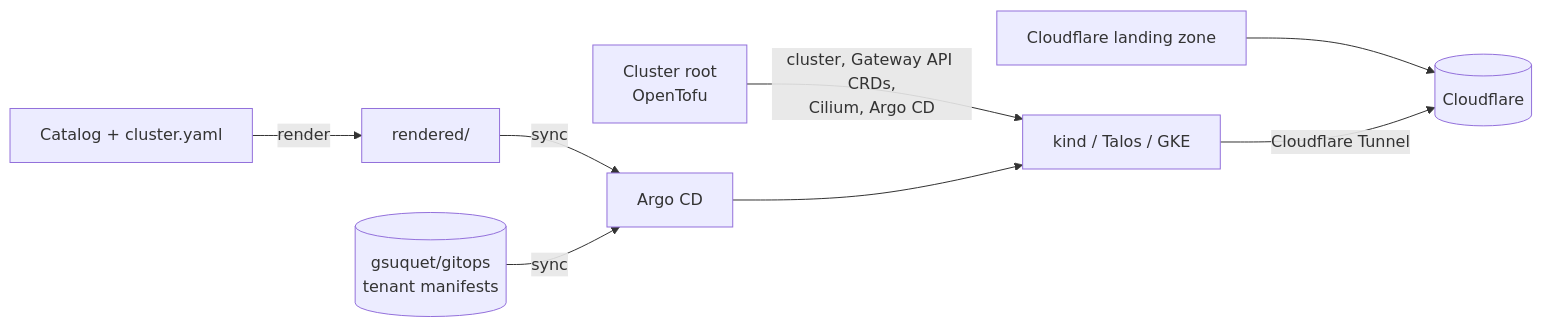
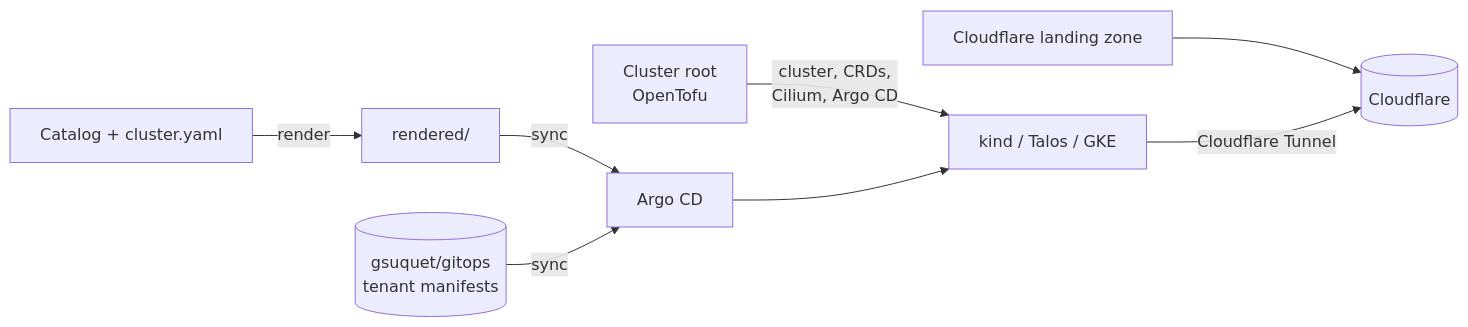
One commit to gsuquet/infra changed the diagram in README.md. Above: the diagram before and after it, drawn with Mermaid. The commit also changed other lines of this file and 16 other files, not shown here.

````diff
--- a/README.md
+++ b/README.md
@@ -8,9 +8,9 @@
 ```mermaid
 flowchart LR
     lz[Cloudflare landing zone] --> cf[(Cloudflare)]
-    root[Cluster root<br/>OpenTofu] -->|cluster, Gateway API CRDs,<br/>Cilium, Argo CD| k8s[kind / Talos / GKE]
+    root[Cluster root<br/>OpenTofu] -->|cluster, CRDs,<br/>Cilium, Argo CD| k8s[kind / Talos / GKE]
     catalog[Catalog + cluster.yaml] -->|render| rendered[rendered/]
     rendered -->|sync| argo[Argo CD] --> k8s
     gitops[(gsuquet/gitops<br/>tenant manifests)] -->|sync| argo
     k8s -->|Cloudflare Tunnel| cf
 ```
````
